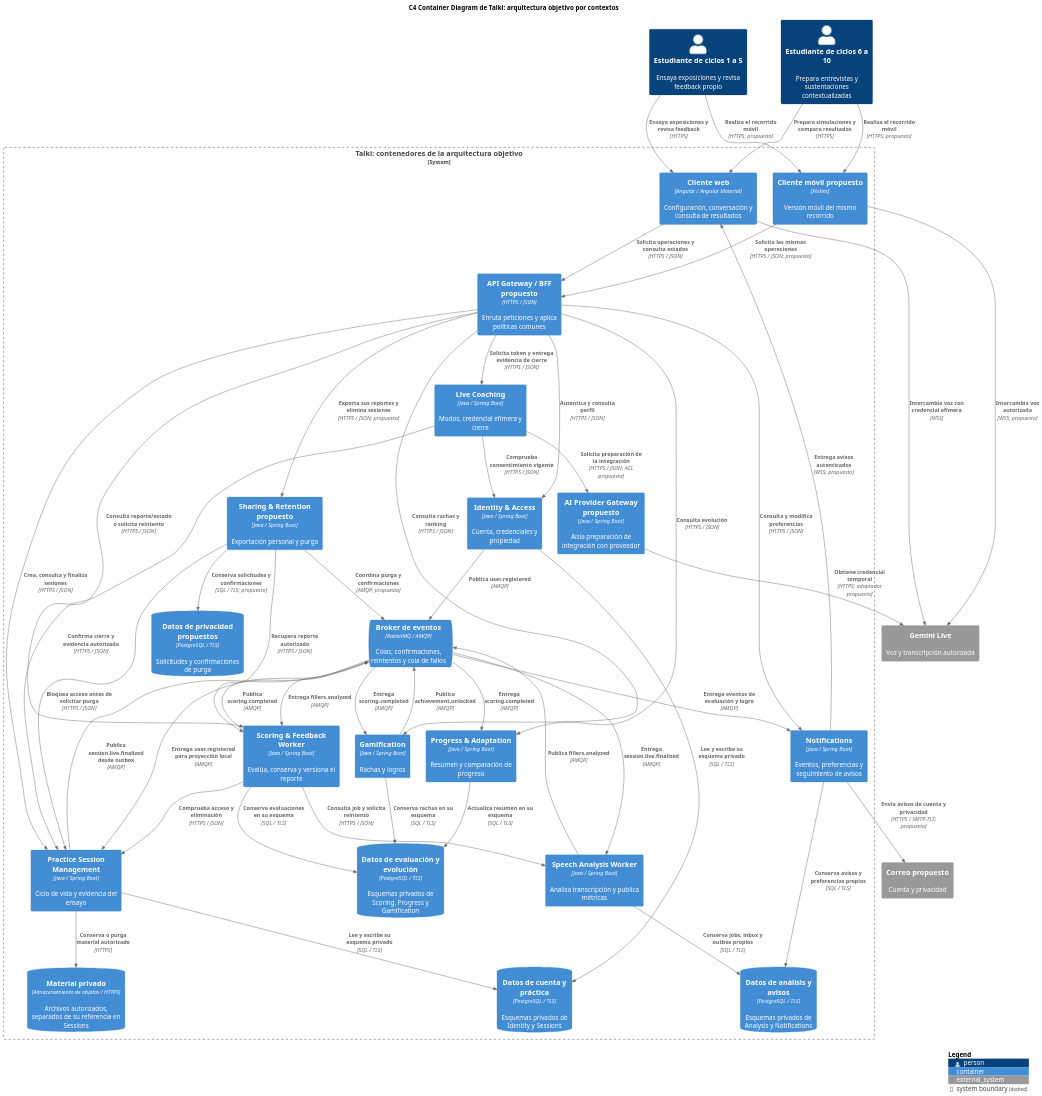
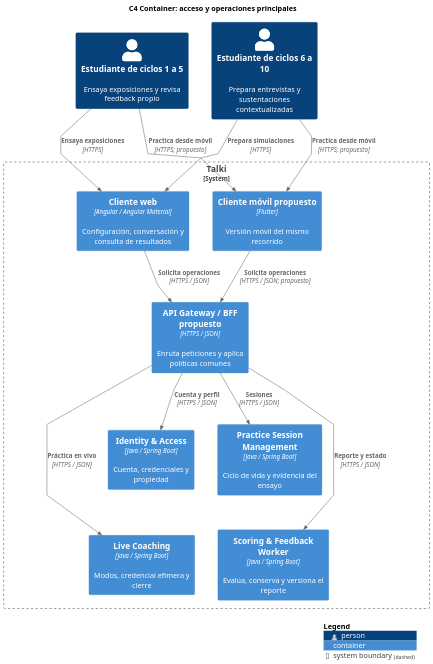
The diagram in assets/diagrams/c4/containers.puml (upc-pre-202620-si728-16365-thropic/talki-project-report), drawn with PlantUML before and after one commit. The commit also changed 12 other files, not shown here.

Commit message:
docs(c4): ordenar vistas de contenedores por recorrido

```diff
--- a/assets/diagrams/c4/containers.puml
+++ b/assets/diagrams/c4/containers.puml
@@ -1,80 +1,39 @@
 @startuml
 !include <C4/C4_Container>
 skinparam defaultFontName Arial
-skinparam dpi 130
+skinparam dpi 150
+skinparam linetype polyline
+skinparam nodesep 45
+skinparam ranksep 65
+skinparam ArrowFontSize 12
 LAYOUT_TOP_DOWN()
-title C4 Container Diagram de Talki: arquitectura objetivo por contextos
+title C4 Container: acceso y operaciones principales
 Person(early, "Estudiante de ciclos 1 a 5", "Ensaya exposiciones y revisa feedback propio")
 Person(advanced, "Estudiante de ciclos 6 a 10", "Prepara entrevistas y sustentaciones contextualizadas")
-System_Ext(gemini, "Gemini Live", "Voz y transcripción autorizada")
-System_Ext(mail, "Correo propuesto", "Cuenta y privacidad")
-System_Boundary(talki, "Talki: contenedores de la arquitectura objetivo") {
+System_Boundary(talki, "Talki") {
 Container(web, "Cliente web", "Angular / Angular Material", "Configuración, conversación y consulta de resultados")
 Container(mobile, "Cliente móvil propuesto", "Flutter", "Versión móvil del mismo recorrido")
 Container(gateway, "API Gateway / BFF propuesto", "HTTPS / JSON", "Enruta peticiones y aplica políticas comunes")
 Container(identity, "Identity & Access", "Java / Spring Boot", "Cuenta, credenciales y propiedad")
 Container(sessions, "Practice Session Management", "Java / Spring Boot", "Ciclo de vida y evidencia del ensayo")
 Container(live, "Live Coaching", "Java / Spring Boot", "Modos, credencial efímera y cierre")
-Container(analysis, "Speech Analysis Worker", "Java / Spring Boot", "Analiza transcripción y publica métricas")
 Container(scoring, "Scoring & Feedback Worker", "Java / Spring Boot", "Evalúa, conserva y versiona el reporte")
-Container(progress, "Progress & Adaptation", "Java / Spring Boot", "Resumen y comparación de progreso")
-Container(game, "Gamification", "Java / Spring Boot", "Rachas y logros")
-Container(sharing, "Sharing & Retention propuesto", "Java / Spring Boot", "Exportación personal y purga")
-Container(ai, "AI Provider Gateway propuesto", "Java / Spring Boot", "Aísla preparación de integración con proveedor")
-Container(notifications, "Notifications", "Java / Spring Boot", "Eventos, preferencias y seguimiento de avisos")
-ContainerDb(store, "Material privado", "Almacenamiento de objetos / HTTPS", "Archivos autorizados, separados de su referencia en Sessions")
-ContainerQueue(bus, "Broker de eventos", "RabbitMQ / AMQP", "Colas, confirmaciones, reintentos y cola de fallos")
-ContainerDb(coredata, "Datos de cuenta y práctica", "PostgreSQL / TLS", "Esquemas privados de Identity y Sessions")
-ContainerDb(resultdata, "Datos de evaluación y evolución", "PostgreSQL / TLS", "Esquemas privados de Scoring, Progress y Gamification")
-ContainerDb(operationaldata, "Datos de análisis y avisos", "PostgreSQL / TLS", "Esquemas privados de Analysis y Notifications")
-ContainerDb(privacydata, "Datos de privacidad propuestos", "PostgreSQL / TLS", "Solicitudes y confirmaciones de purga")
 }
-Rel(early, web, "Ensaya exposiciones y revisa feedback", "HTTPS")
-Rel(advanced, web, "Prepara simulaciones y compara resultados", "HTTPS")
-Rel(early, mobile, "Realiza el recorrido móvil", "HTTPS; propuesto")
-Rel(advanced, mobile, "Realiza el recorrido móvil", "HTTPS; propuesto")
-Rel(web, gateway, "Solicita operaciones y consulta estados", "HTTPS / JSON")
-Rel(mobile, gateway, "Solicita las mismas operaciones", "HTTPS / JSON; propuesto")
-Rel(web, gemini, "Intercambia voz con credencial efímera", "WSS")
-Rel(mobile, gemini, "Intercambia voz autorizada", "WSS; propuesto")
-Rel(gateway, identity, "Autentica y consulta perfil", "HTTPS / JSON")
-Rel(gateway, sessions, "Crea, consulta y finaliza sesiones", "HTTPS / JSON")
-Rel(gateway, live, "Solicita token y entrega evidencia de cierre", "HTTPS / JSON")
-Rel(gateway, scoring, "Consulta reporte/estado o solicita reintento", "HTTPS / JSON")
-Rel(scoring, sessions, "Comprueba acceso y eliminación", "HTTPS / JSON")
-Rel(scoring, analysis, "Consulta job y solicita reintento", "HTTPS / JSON")
-Rel(sharing, sessions, "Bloquea acceso antes de solicitar purga", "HTTPS / JSON")
-Rel(sharing, scoring, "Recupera reporte autorizado", "HTTPS / JSON")
-Rel(gateway, notifications, "Consulta y modifica preferencias", "HTTPS / JSON")
-Rel(gateway, progress, "Consulta evolución", "HTTPS / JSON")
-Rel(gateway, game, "Consulta rachas y ranking", "HTTPS / JSON")
-Rel(gateway, sharing, "Exporta sus reportes y elimina sesiones", "HTTPS / JSON; propuesto")
-Rel(live, ai, "Solicita preparación de la integración", "HTTPS / JSON; ACL propuesta")
-Rel(ai, gemini, "Obtiene credencial temporal", "HTTPS; adaptador propuesto")
-Rel(live, sessions, "Confirma cierre y evidencia autorizada", "HTTPS / JSON")
-Rel(live, identity, "Comprueba consentimiento vigente", "HTTPS / JSON")
-Rel(sessions, store, "Conserva o purga material autorizado", "HTTPS")
-Rel(sessions, bus, "Publica session.live.finalized desde outbox", "AMQP")
-Rel(bus, analysis, "Entrega session.live.finalized", "AMQP")
-Rel(analysis, bus, "Publica fillers.analyzed", "AMQP")
-Rel(bus, scoring, "Entrega fillers.analyzed", "AMQP")
-Rel(scoring, bus, "Publica scoring.completed", "AMQP")
-Rel(bus, progress, "Entrega scoring.completed", "AMQP")
-Rel(bus, game, "Entrega scoring.completed", "AMQP")
-Rel(game, bus, "Publica achievement.unlocked", "AMQP")
-Rel(identity, bus, "Publica user.registered", "AMQP")
-Rel(bus, sessions, "Entrega user.registered para proyección local", "AMQP")
-Rel(sharing, bus, "Coordina purga y confirmaciones", "AMQP; propuesto")
-Rel(bus, notifications, "Entrega eventos de evaluación y logro", "AMQP")
-Rel(notifications, web, "Entrega avisos autenticados", "WSS; propuesto")
-Rel(notifications, mail, "Envía avisos de cuenta y privacidad", "HTTPS / SMTP-TLS; propuesto")
-Rel(analysis, operationaldata, "Conserva jobs, inbox y outbox propios", "SQL / TLS")
-Rel(notifications, operationaldata, "Conserva avisos y preferencias propios", "SQL / TLS")
-Rel(identity, coredata, "Lee y escribe su esquema privado", "SQL / TLS")
-Rel(sessions, coredata, "Lee y escribe su esquema privado", "SQL / TLS")
-Rel(scoring, resultdata, "Conserva evaluaciones en su esquema", "SQL / TLS")
-Rel(progress, resultdata, "Actualiza resumen en su esquema", "SQL / TLS")
-Rel(game, resultdata, "Conserva rachas en su esquema", "SQL / TLS")
-Rel(sharing, privacydata, "Conserva solicitudes y confirmaciones", "SQL / TLS; propuesto")
+Rel(early, web, "Ensaya exposiciones", "HTTPS")
+Rel(advanced, web, "Prepara simulaciones", "HTTPS")
+Rel(early, mobile, "Practica desde móvil", "HTTPS; propuesto")
+Rel(advanced, mobile, "Practica desde móvil", "HTTPS; propuesto")
+Rel(web, gateway, "Solicita operaciones", "HTTPS / JSON")
+Rel(mobile, gateway, "Solicita operaciones", "HTTPS / JSON; propuesto")
+Rel(gateway, identity, "Cuenta y perfil", "HTTPS / JSON")
+Rel(gateway, sessions, "Sesiones", "HTTPS / JSON")
+Rel(gateway, live, "Práctica en vivo", "HTTPS / JSON")
+Rel(gateway, scoring, "Reporte y estado", "HTTPS / JSON")
+Lay_R(early, advanced)
+Lay_R(web, mobile)
+Lay_R(identity, sessions)
+Lay_R(live, scoring)
+Lay_D(identity, live)
+Lay_D(sessions, scoring)
 SHOW_LEGEND()
 @enduml
```
